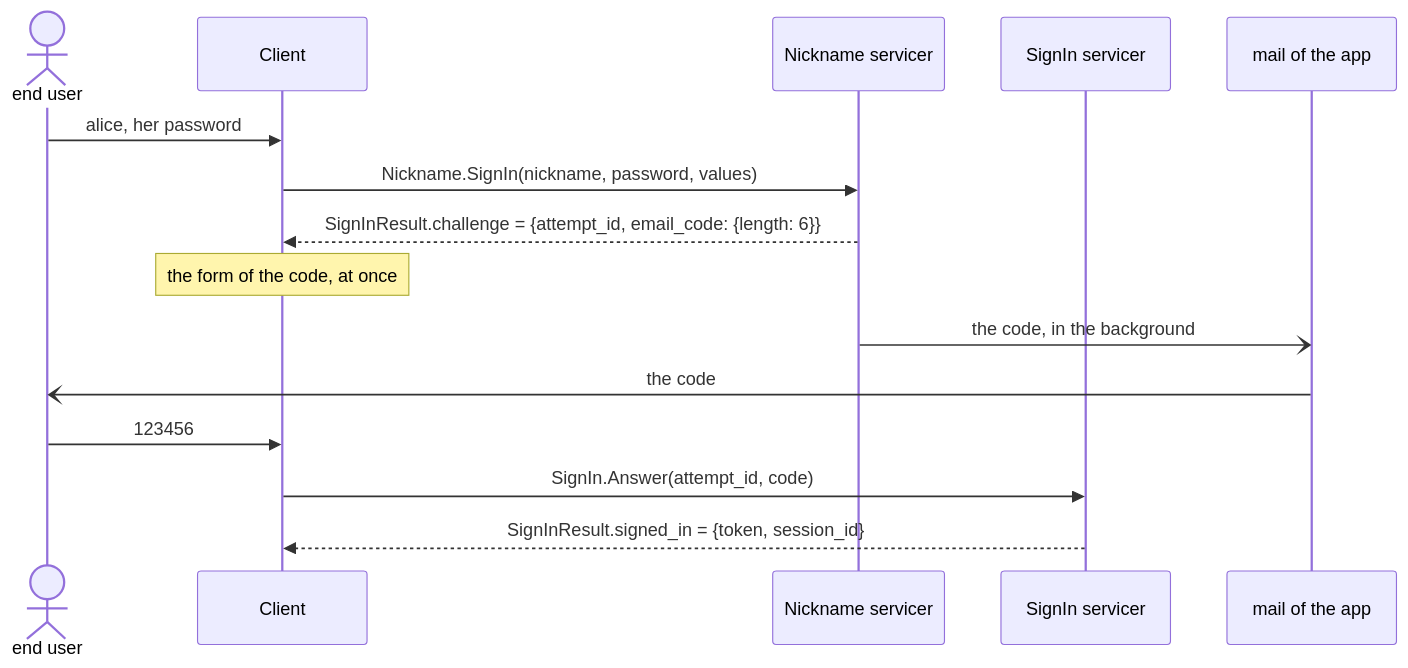
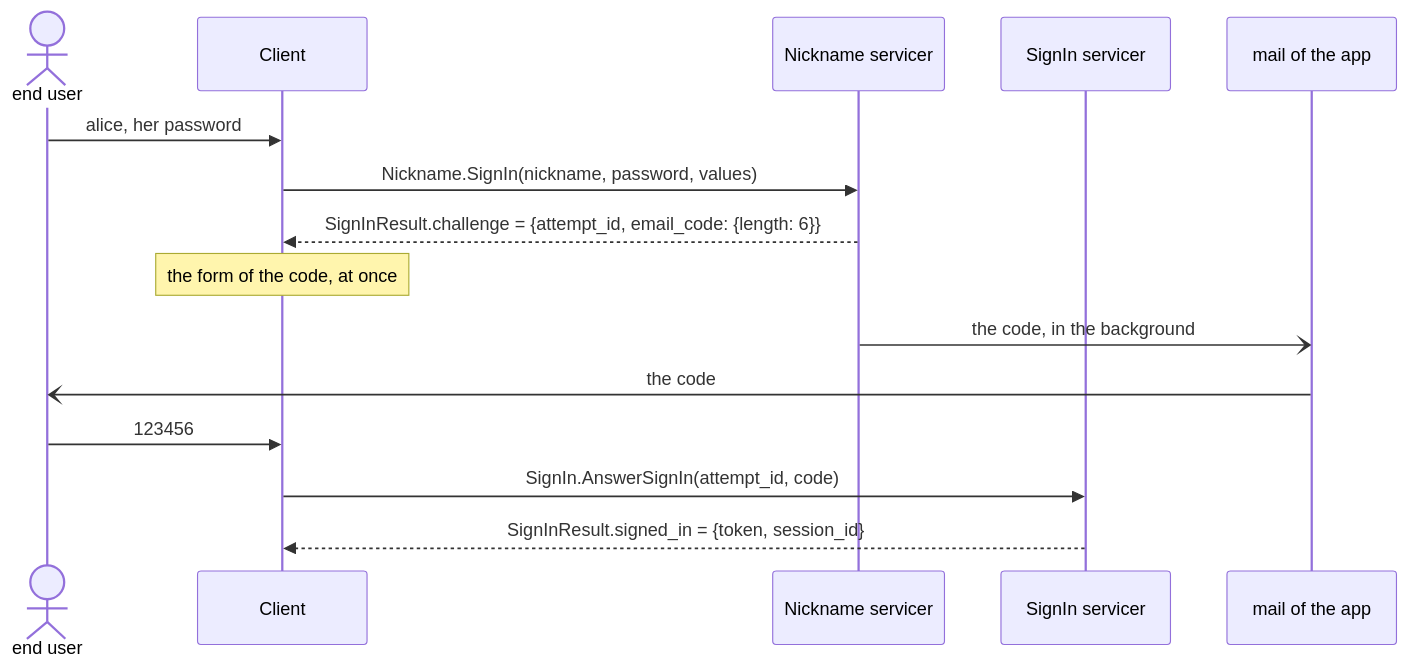
Before and after one commit to ak-ingots/ingots-libs: the diagram in docs/design/auth/methods/factors.md, drawn with Mermaid. The commit also changed other lines of this file and 5 other files, not shown here.

````diff
--- a/docs/design/auth/methods/factors.md
+++ b/docs/design/auth/methods/factors.md
@@ -32,17 +32,17 @@
 ```mermaid
 sequenceDiagram
     actor User as end user
     participant Client
     participant Method as Nickname servicer
     participant Flow as SignIn servicer
     participant Mail as mail of the app
     User->>Client: alice, her password
     Client->>Method: Nickname.SignIn(nickname, password, values)
     Method-->>Client: SignInResult.challenge = {attempt_id, email_code: {length: 6}}
     Note over Client: the form of the code, at once
     Method-)Mail: the code, in the background
     Mail-)User: the code
     User->>Client: 123456
-    Client->>Flow: SignIn.Answer(attempt_id, code)
+    Client->>Flow: SignIn.AnswerSignIn(attempt_id, code)
     Flow-->>Client: SignInResult.signed_in = {token, session_id}
 ```
````
